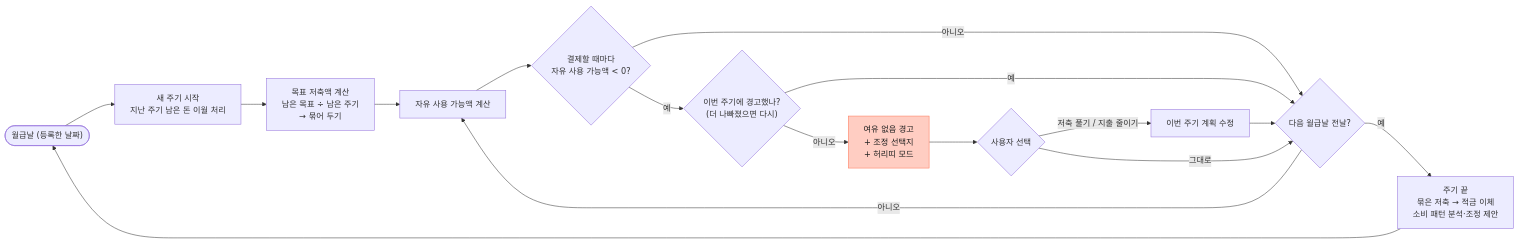
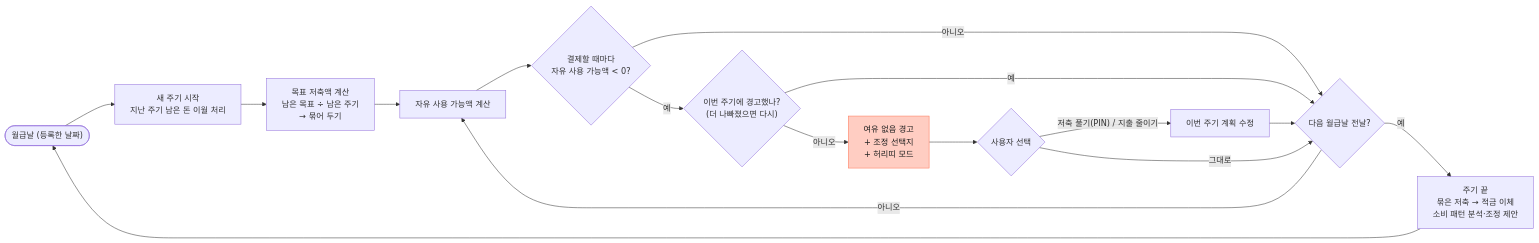
One commit to noviz-domino/avengers-bank-noviz changed the eighth of 8 diagrams in docs/planning/user-flows.md. Above: the diagram before and after it, drawn with Mermaid. The commit also changed other lines of this file and 8 other files, not shown here.

````diff
--- a/docs/planning/user-flows.md
+++ b/docs/planning/user-flows.md
@@ -126,19 +126,19 @@
 ```mermaid
 flowchart LR
     A(["월급날 (등록한 날짜)"]) --> B["새 주기 시작<br/>지난 주기 남은 돈 이월 처리"]
     B --> C["목표 저축액 계산<br/>남은 목표 ÷ 남은 주기<br/>→ 묶어 두기"]
     C --> E[자유 사용 가능액 계산]
     E --> F{"결제할 때마다<br/>자유 사용 가능액 < 0?"}
     F -- 아니오 --> N{다음 월급날 전날?}
     F -- 예 --> W{"이번 주기에 경고했나?<br/>(더 나빠졌으면 다시)"}
     W -- 아니오 --> G["여유 없음 경고<br/>+ 조정 선택지<br/>+ 허리띠 모드"]:::fail
     W -- 예 --> N
     G --> H{사용자 선택}
-    H -- "저축 풀기 / 지출 줄이기" --> I[이번 주기 계획 수정]
+    H -- "저축 풀기(PIN) / 지출 줄이기" --> I[이번 주기 계획 수정]
     I --> N
     H -- 그대로 --> N
     N -- 아니오 --> E
     N -- 예 --> Z["주기 끝<br/>묶은 저축 → 적금 이체<br/>소비 패턴 분석·조정 제안"]
     Z --> A
     classDef fail fill:#FFCDC2,stroke:#FF7556,color:#1E1E1E
 ```
````
